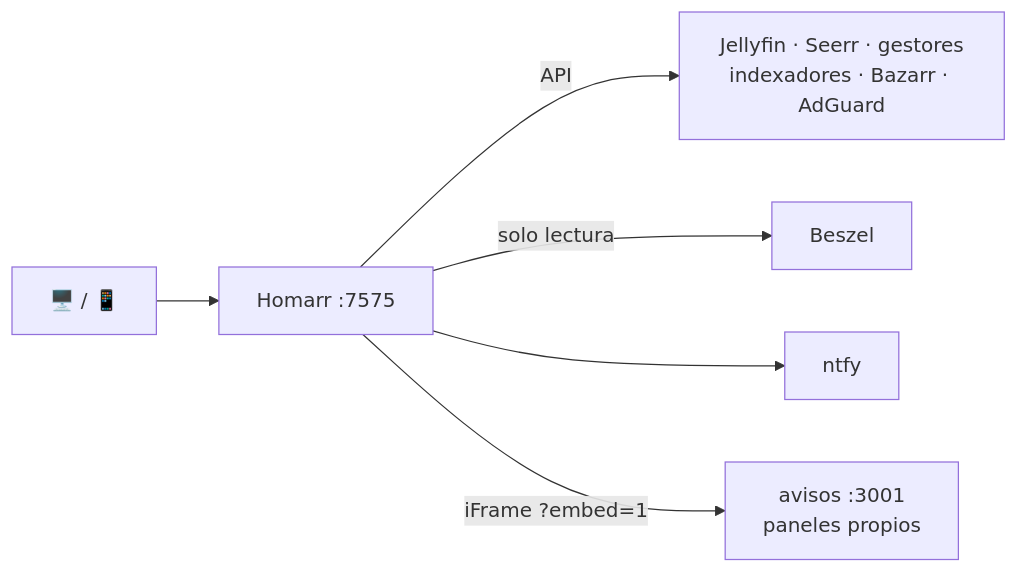
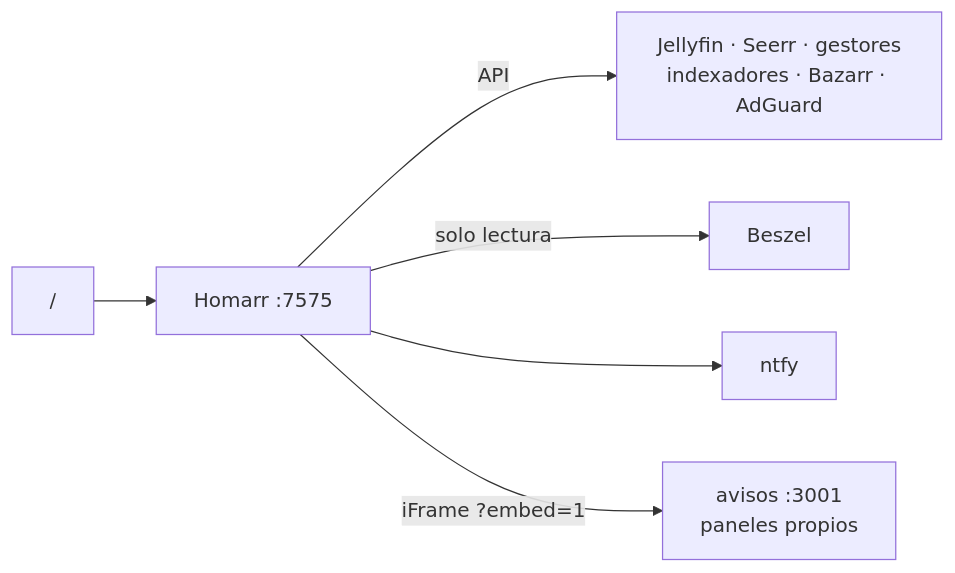
Before and after one commit to m0uwastaken/homelab: the fourth of 4 diagrams in README.md, drawn with Mermaid. The commit also changed other lines of this file and 8 other files, not shown here.

First line of the commit message:
Actualiza el diagrama de red con el switch y quita los emojis de los diagramas

````diff
--- a/README.md
+++ b/README.md
@@ -246,8 +250,8 @@
 ```mermaid
 flowchart LR
-    NAV["🖥️ / 📱"] --> H["Homarr :7575"]
+    NAV["/ "] --> H["Homarr :7575"]
     H -->|API| APPS["Jellyfin · Seerr · gestores<br/>indexadores · Bazarr · AdGuard"]
     H -->|"solo lectura"| BZ["Beszel"]
     H --> NT["ntfy"]
     H -->|"iFrame ?embed=1"| AV["avisos :3001<br/>paneles propios"]
 ```
````
